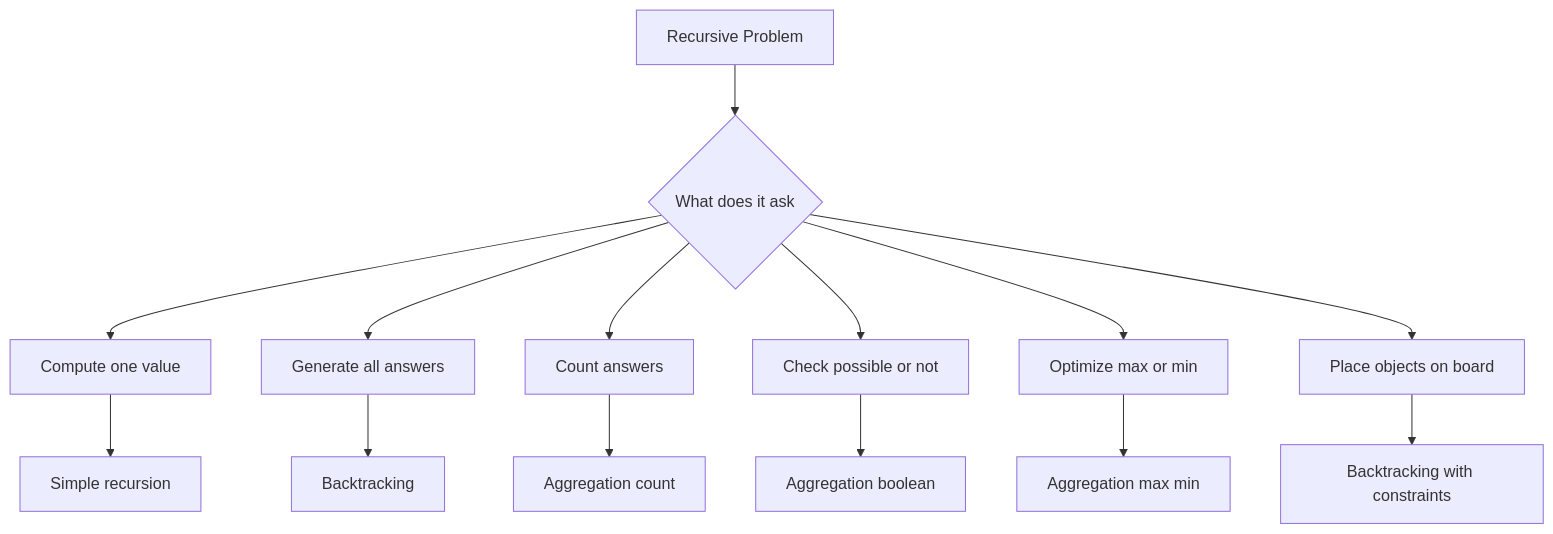
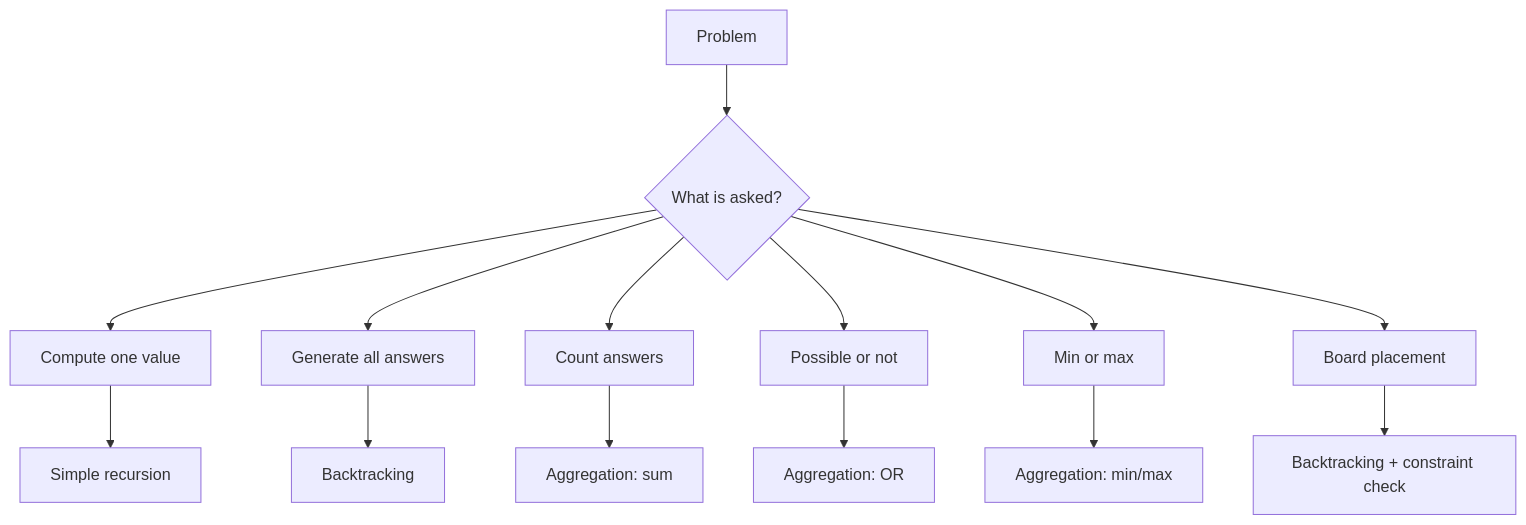
Before and after one commit to mthaiseer/springcloud-systemdesign-notes: the first of 2 diagrams in CP_DSA_NOTES/001_TOPIC_WISE/006_RECURSION_BACKTRACKING/006_RECURSION_BACKTRACKING.md, drawn with Mermaid. The commit also changed other lines of this file and 2 other files, not shown here.

````diff
--- a/CP_DSA_NOTES/001_TOPIC_WISE/006_RECURSION_BACKTRACKING/006_RECURSION_BACKTRACKING.md
+++ b/CP_DSA_NOTES/001_TOPIC_WISE/006_RECURSION_BACKTRACKING/006_RECURSION_BACKTRACKING.md
@@ -10,17 +84,17 @@
 ```mermaid
 flowchart TD
-    A[Recursive Problem] --> B{What does it ask}
+    A[Problem] --> B{What is asked?}
     B --> C[Compute one value]
     B --> D[Generate all answers]
     B --> E[Count answers]
-    B --> F[Check possible or not]
-    B --> G[Optimize max or min]
-    B --> H[Place objects on board]
+    B --> F[Possible or not]
+    B --> G[Min or max]
+    B --> H[Board placement]
 
     C --> C1[Simple recursion]
     D --> D1[Backtracking]
-    E --> E1[Aggregation count]
-    F --> F1[Aggregation boolean]
-    G --> G1[Aggregation max min]
-    H --> H1[Backtracking with constraints]
+    E --> E1[Aggregation: sum]
+    F --> F1[Aggregation: OR]
+    G --> G1[Aggregation: min/max]
+    H --> H1[Backtracking + constraint check]
 ```
````
